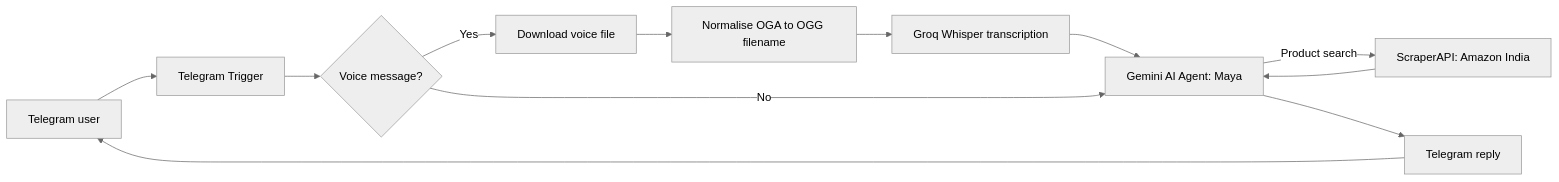
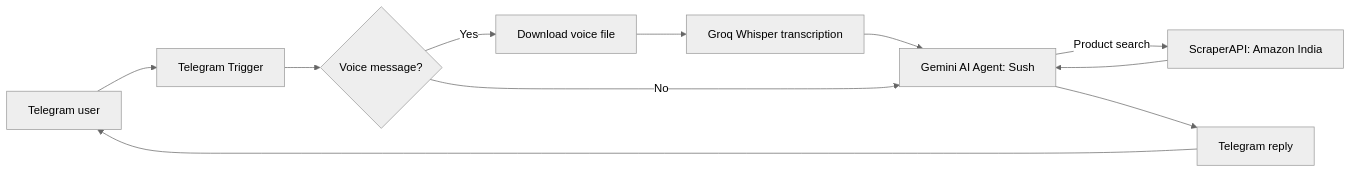
Before and after one commit to Sushmithadyapa/sush-telegram-ai-shopping-assistant: the diagram in README.md, drawn with Mermaid (neutral theme). The commit also changed other lines of this file, not shown here.

First line of the commit message:
Fix Sush demo video link

````diff
--- a/README.md
+++ b/README.md
@@ -21,14 +21,13 @@
 ```mermaid
 flowchart LR
     U[Telegram user] --> T[Telegram Trigger]
     T --> I{Voice message?}
     I -- Yes --> F[Download voice file]
-    F --> N[Normalise OGA to OGG filename]
-    N --> W[Groq Whisper transcription]
-    W --> A[Gemini AI Agent: Maya]
+    F --> W[Groq Whisper transcription]
+    W --> A[Gemini AI Agent: Sush]
     I -- No --> A
     A -->|Product search| S[ScraperAPI: Amazon India]
     S --> A
     A --> R[Telegram reply]
     R --> U
 ```
````
